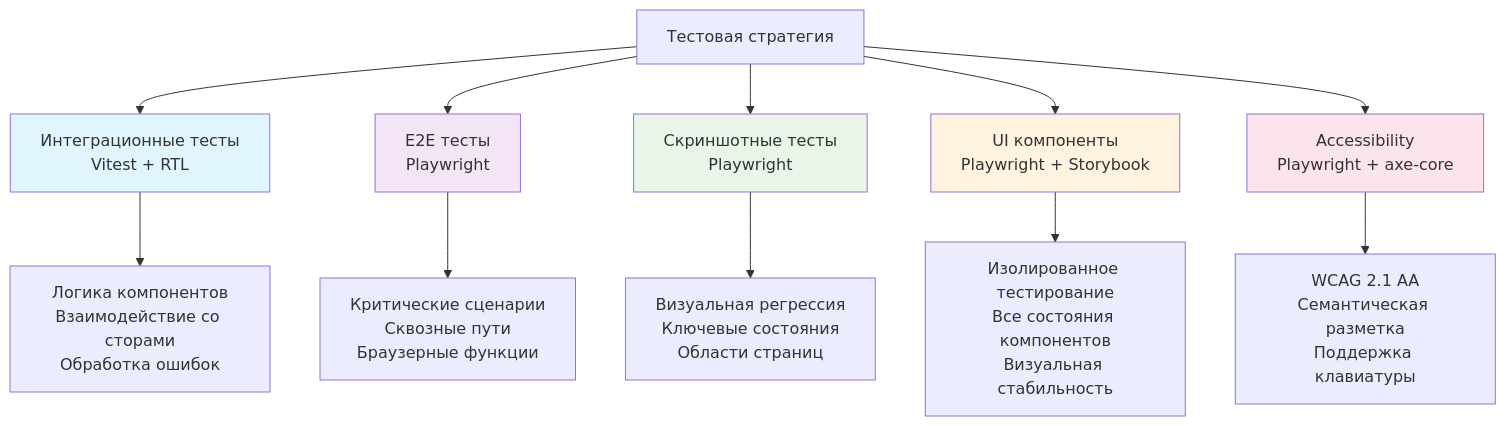
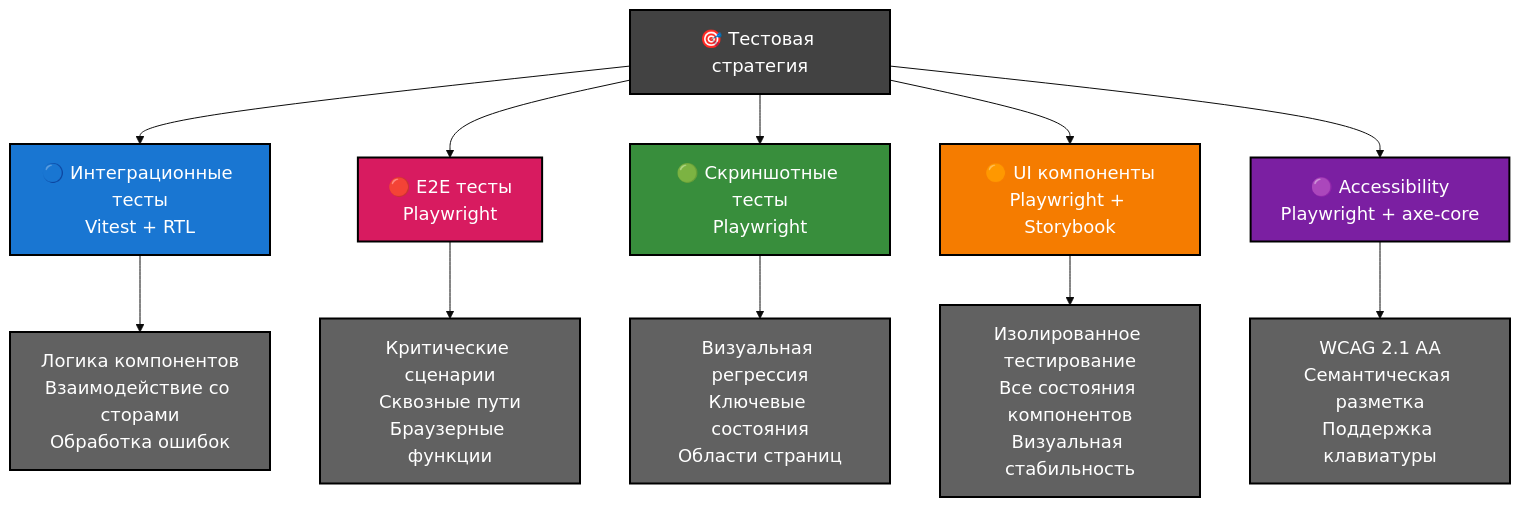
Before and after one commit to etozhenerk/shri-2025: the second of 5 diagrams in docs/presentation.md, drawn with Mermaid. The commit also changed other lines of this file, not shown here.

````diff
--- a/docs/presentation.md
+++ b/docs/presentation.md
@@ -79,20 +89,32 @@
 ```mermaid
+%%{init: {'theme':'base', 'themeVariables': { 'fontSize': '18px', 'fontFamily': 'Arial', 'primaryColor': '#ffffff', 'primaryTextColor': '#000000'}}}%%
 graph TD
-    A[Тестовая стратегия] --> B[Интеграционные тесты<br/>Vitest + RTL]
-    A --> C[E2E тесты<br/>Playwright]
-    A --> D[Скриншотные тесты<br/>Playwright]
-    A --> E[UI компоненты<br/>Playwright + Storybook]
-    A --> F[Accessibility<br/>Playwright + axe-core]
+    A["🎯 Тестовая стратегия"] --> B["🔵 Интеграционные тесты<br/>Vitest + RTL"]
+    A --> C["🔴 E2E тесты<br/>Playwright"]
+    A --> D["🟢 Скриншотные тесты<br/>Playwright"]
+    A --> E["🟠 UI компоненты<br/>Playwright + Storybook"]
+    A --> F["🟣 Accessibility<br/>Playwright + axe-core"]
     
-    B --> G[Логика компонентов<br/>Взаимодействие со сторами<br/>Обработка ошибок]
-    C --> H[Критические сценарии<br/>Сквозные пути<br/>Браузерные функции]
-    D --> I[Визуальная регрессия<br/>Ключевые состояния<br/>Области страниц]
-    E --> J[Изолированное тестирование<br/>Все состояния компонентов<br/>Визуальная стабильность]
-    F --> K[WCAG 2.1 AA<br/>Семантическая разметка<br/>Поддержка клавиатуры]
+    B --> G["Логика компонентов<br/>Взаимодействие со сторами<br/>Обработка ошибок"]
+    C --> H["Критические сценарии<br/>Сквозные пути<br/>Браузерные функции"]
+    D --> I["Визуальная регрессия<br/>Ключевые состояния<br/>Области страниц"]
+    E --> J["Изолированное тестирование<br/>Все состояния компонентов<br/>Визуальная стабильность"]
+    F --> K["WCAG 2.1 AA<br/>Семантическая разметка<br/>Поддержка клавиатуры"]
     
-    style B fill:#e1f5fe
-    style C fill:#f3e5f5
-    style D fill:#e8f5e8
-    style E fill:#fff3e0
-    style F fill:#fce4ec
+    %% Стили с контрастными цветами
+    classDef strategy fill:#424242,stroke:#000,stroke-width:2px,color:#fff
+    classDef integration fill:#1976d2,stroke:#000,stroke-width:2px,color:#fff
+    classDef e2e fill:#d81b60,stroke:#000,stroke-width:2px,color:#fff
+    classDef screenshot fill:#388e3c,stroke:#000,stroke-width:2px,color:#fff
+    classDef ui fill:#f57c00,stroke:#000,stroke-width:2px,color:#fff
+    classDef a11y fill:#7b1fa2,stroke:#000,stroke-width:2px,color:#fff
+    classDef details fill:#616161,stroke:#000,stroke-width:2px,color:#fff
+    
+    class A strategy
+    class B integration
+    class C e2e
+    class D screenshot
+    class E ui
+    class F a11y
+    class G,H,I,J,K details
 ```
````
